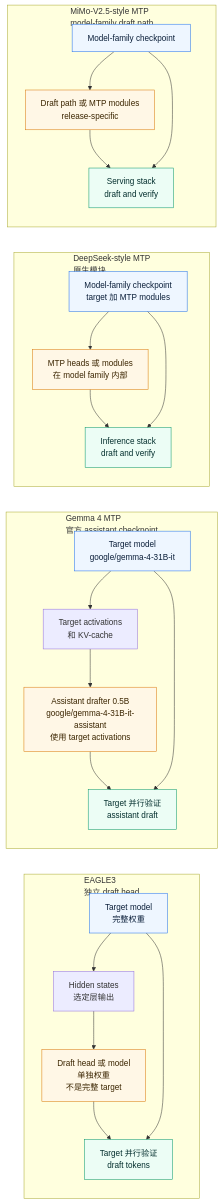
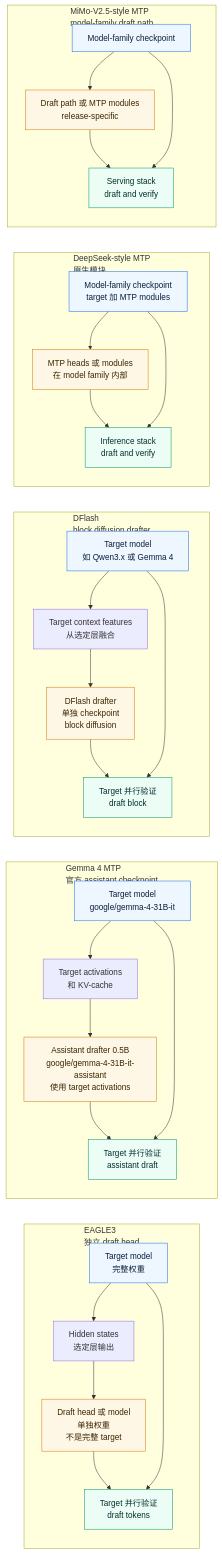
One commit to david-xinyuwei/david-share changed the second of 3 diagrams in Deep-Learning/Speculative-Decoding-EAGLE3/README-CN.md. Above: the diagram before and after it, drawn with Mermaid. The commit also changed other lines of this file and 1 other file, not shown here.

````diff
--- a/Deep-Learning/Speculative-Decoding-EAGLE3/README-CN.md
+++ b/Deep-Learning/Speculative-Decoding-EAGLE3/README-CN.md
@@ -212,49 +214,60 @@
 ```mermaid
 flowchart LR
     subgraph E3["EAGLE3<br/>独立 draft head"]
         E3T["Target model<br/>完整权重"]
         E3H["Hidden states<br/>选定层输出"]
         E3D["Draft head 或 model<br/>单独权重<br/>不是完整 target"]
         E3V["Target 并行验证<br/>draft tokens"]
         E3T --> E3H
         E3H --> E3D
         E3D --> E3V
         E3T --> E3V
     end
 
     subgraph G4["Gemma 4 MTP<br/>官方 assistant checkpoint"]
         G4T["Target model<br/>google/gemma-4-31B-it"]
         G4A["Target activations<br/>和 KV-cache"]
         G4D["Assistant drafter 0.5B<br/>google/gemma-4-31B-it-assistant<br/>使用 target activations"]
         G4V["Target 并行验证<br/>assistant draft"]
         G4T --> G4A
         G4A --> G4D
         G4D --> G4V
         G4T --> G4V
     end
 
+    subgraph DF["DFlash<br/>block diffusion drafter"]
+        DFT["Target model<br/>如 Qwen3.x 或 Gemma 4"]
+        DFF["Target context features<br/>从选定层融合"]
+        DFD["DFlash drafter<br/>单独 checkpoint<br/>block diffusion"]
+        DFV["Target 并行验证<br/>draft block"]
+        DFT --> DFF
+        DFF --> DFD
+        DFD --> DFV
+        DFT --> DFV
+    end
+
     subgraph DS["DeepSeek-style MTP<br/>原生模块"]
         DST["Model-family checkpoint<br/>target 加 MTP modules"]
         DSH["MTP heads 或 modules<br/>在 model family 内部"]
         DSV["Inference stack<br/>draft and verify"]
         DST --> DSH
         DSH --> DSV
         DST --> DSV
     end
 
     subgraph MM["MiMo-V2.5-style MTP<br/>model-family draft path"]
         MMT["Model-family checkpoint"]
         MMD["Draft path 或 MTP modules<br/>release-specific"]
         MMV["Serving stack<br/>draft and verify"]
         MMT --> MMD
         MMD --> MMV
         MMT --> MMV
     end
 
     classDef target fill:#eef6ff,stroke:#1f6feb,color:#0b1f3a
     classDef drafter fill:#fff7e6,stroke:#d97706,color:#3b2500
     classDef verify fill:#ecfdf5,stroke:#059669,color:#042f2e
-    class E3T,G4T,DST,MMT target
-    class E3D,G4D,DSH,MMD drafter
-    class E3V,G4V,DSV,MMV verify
+    class E3T,G4T,DFT,DST,MMT target
+    class E3D,G4D,DFD,DSH,MMD drafter
+    class E3V,G4V,DFV,DSV,MMV verify
 ```
````
